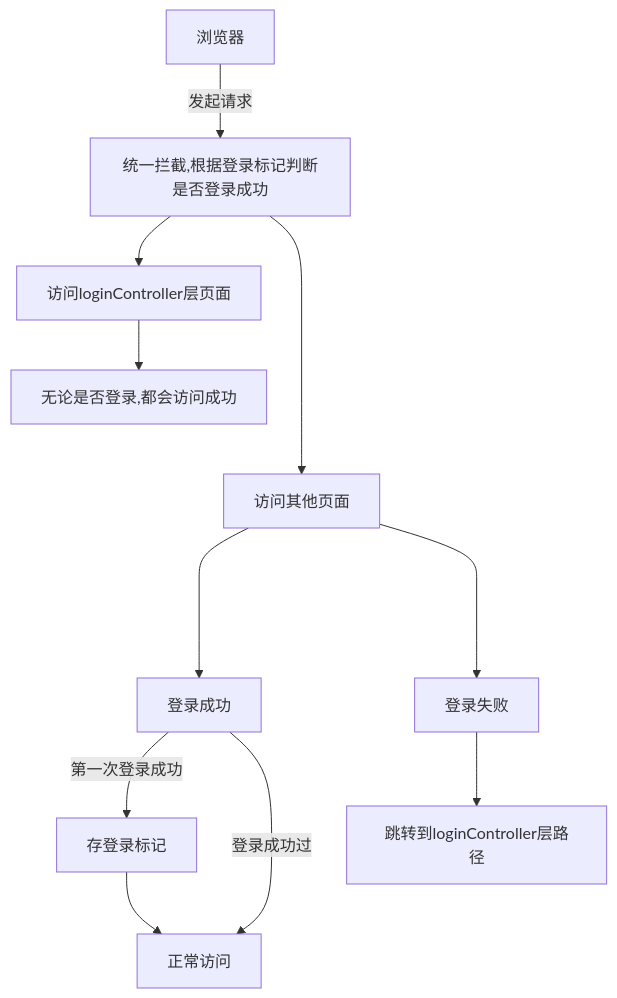
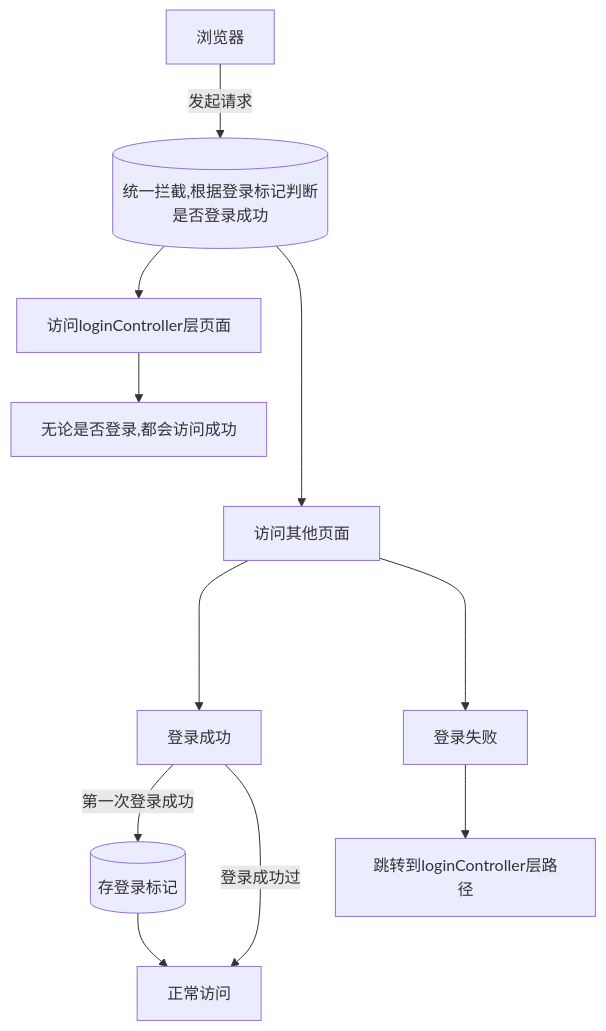
Before and after one commit to poppop9/obsidian: the diagram in 计算机/JavaWeb/后端/SpringBoot/4 登录认证.md, drawn with Mermaid. The commit also changed 2 other files, not shown here.

Commit message:
vault backup: 2023-11-30 19:00:34

````diff
--- a/计算机/JavaWeb/后端/SpringBoot/4 登录认证.md
+++ b/计算机/JavaWeb/后端/SpringBoot/4 登录认证.md
@@ -7,13 +7,13 @@
 ```mermaid
 graph TB
-	a[浏览器]--发起请求-->b[统一拦截,根据登录标记判断是否登录成功]
+	a[浏览器]--发起请求-->b[(统一拦截,根据登录标记判断是否登录成功)]
 	b-->j[访问loginController层页面]
 	j-->c[无论是否登录,都会访问成功]
 	
 	b---->d[访问其他页面]
 	d---->f[登录成功]
-	f--第一次登录成功-->g[存登录标记]-->h[正常访问]
+	f--第一次登录成功-->g[(存登录标记)]-->h[正常访问]
 	f--登录成功过-->h
 
 	d---->e[登录失败]-->i[跳转到loginController层路径]
 ```
````
